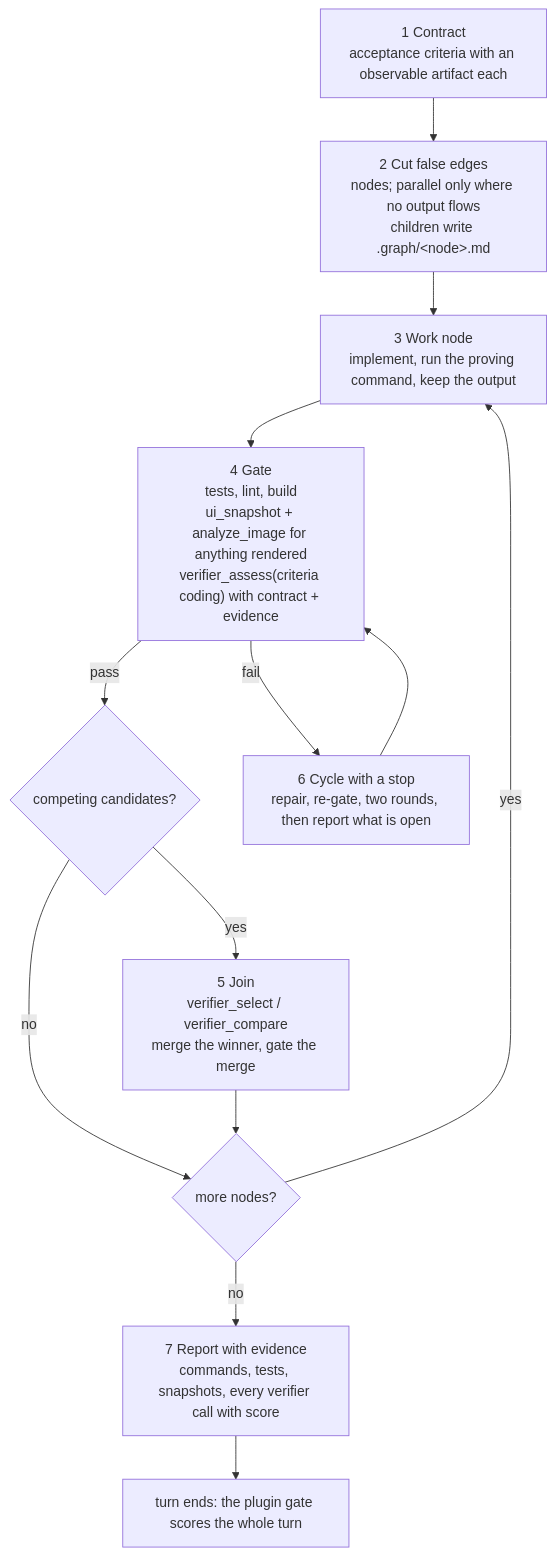
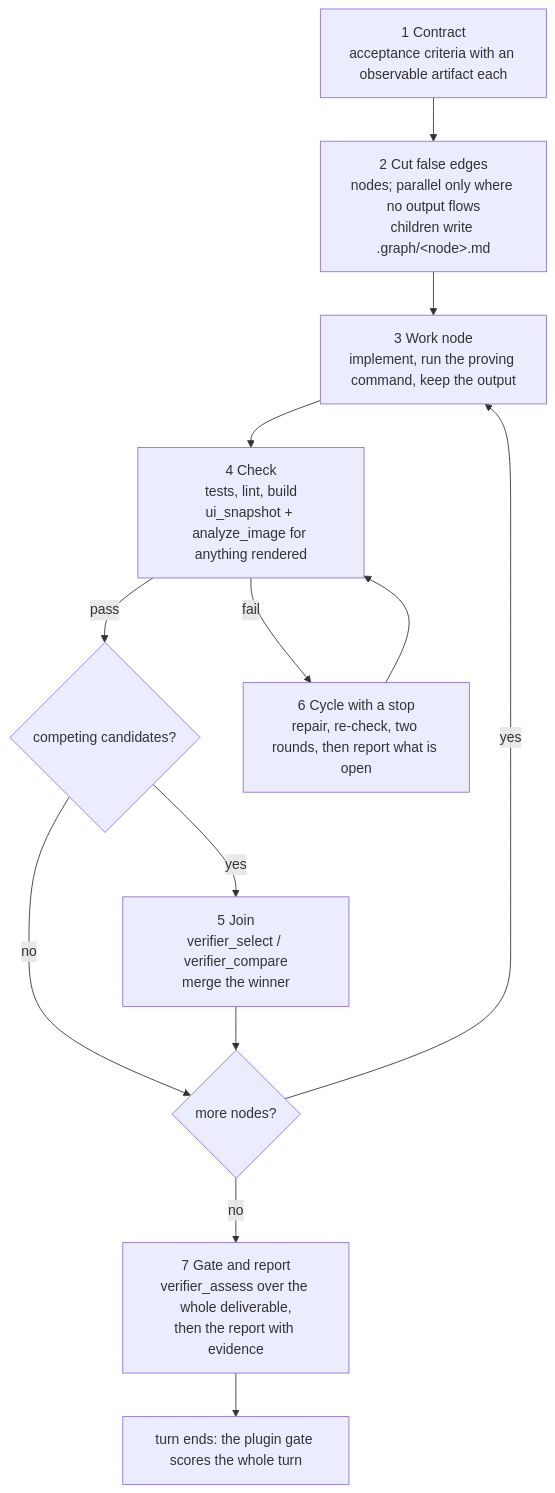
Before and after one commit to DevRico003/dsh-verifier: the second of 2 diagrams in README.md, drawn with Mermaid. The commit also changed other lines of this file and 40 other files, not shown here.

First line of the commit message:
Back to the reference shape: one end-of-turn gate and the verifier tools at one effort, no mid-turn checkpoints, no edit-count reminders, no text-only backend

````diff
--- a/README.md
+++ b/README.md
@@ -37,15 +30,15 @@
 ```mermaid
 flowchart TD
     C["1 Contract<br/>acceptance criteria with an observable artifact each"] --> K["2 Cut false edges<br/>nodes; parallel only where no output flows<br/>children write .graph/&lt;node&gt;.md"]
     K --> W["3 Work node<br/>implement, run the proving command, keep the output"]
-    W --> G["4 Gate<br/>tests, lint, build<br/>ui_snapshot + analyze_image for anything rendered<br/>verifier_assess(criteria coding) with contract + evidence"]
+    W --> G["4 Check<br/>tests, lint, build<br/>ui_snapshot + analyze_image for anything rendered"]
     G -->|"pass"| J{"competing candidates?"}
-    G -->|"fail"| Y["6 Cycle with a stop<br/>repair, re-gate, two rounds, then report what is open"]
+    G -->|"fail"| Y["6 Cycle with a stop<br/>repair, re-check, two rounds, then report what is open"]
     Y --> G
-    J -->|"yes"| V["5 Join<br/>verifier_select / verifier_compare<br/>merge the winner, gate the merge"]
+    J -->|"yes"| V["5 Join<br/>verifier_select / verifier_compare<br/>merge the winner"]
     J -->|"no"| N{"more nodes?"}
     V --> N
     N -->|"yes"| W
-    N -->|"no"| R["7 Report with evidence<br/>commands, tests, snapshots, every verifier call with score"]
-    R --> Z["turn ends: the plugin gate scores the whole turn"]
+    N -->|"no"| A["7 Gate and report<br/>verifier_assess over the whole deliverable,<br/>then the report with evidence"]
+    A --> Z["turn ends: the plugin gate scores the whole turn"]
 ```
````
